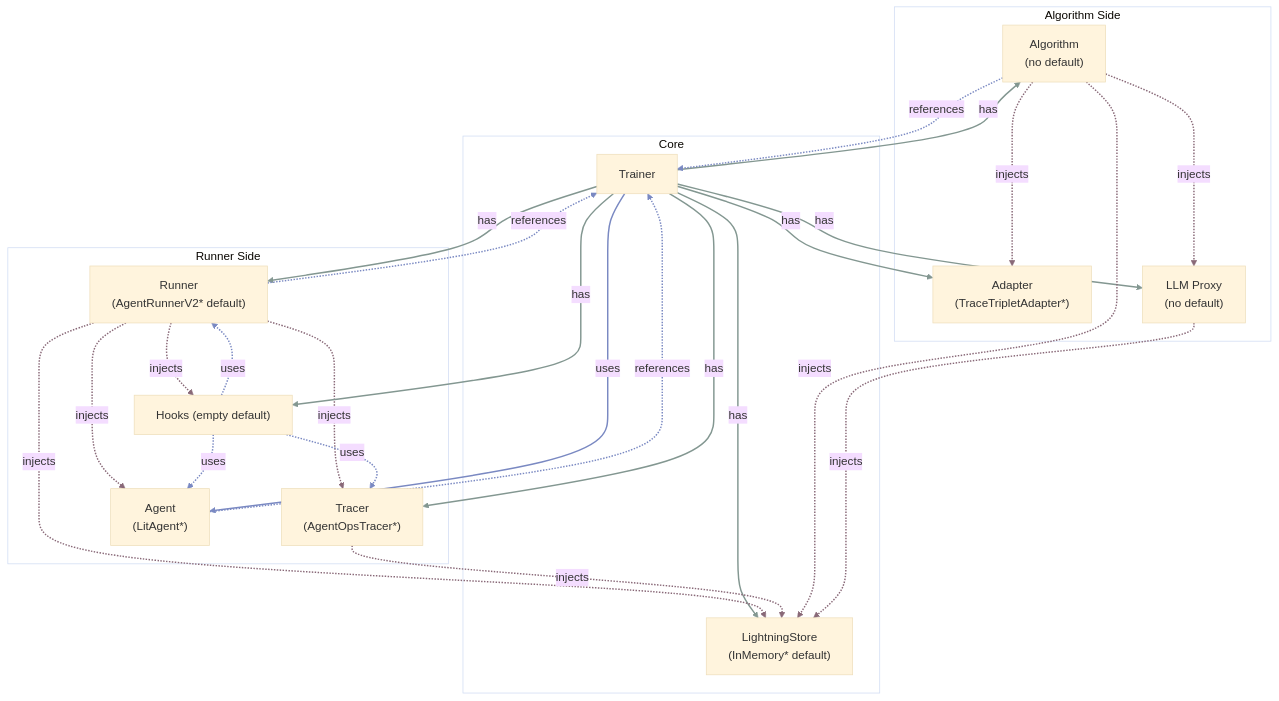
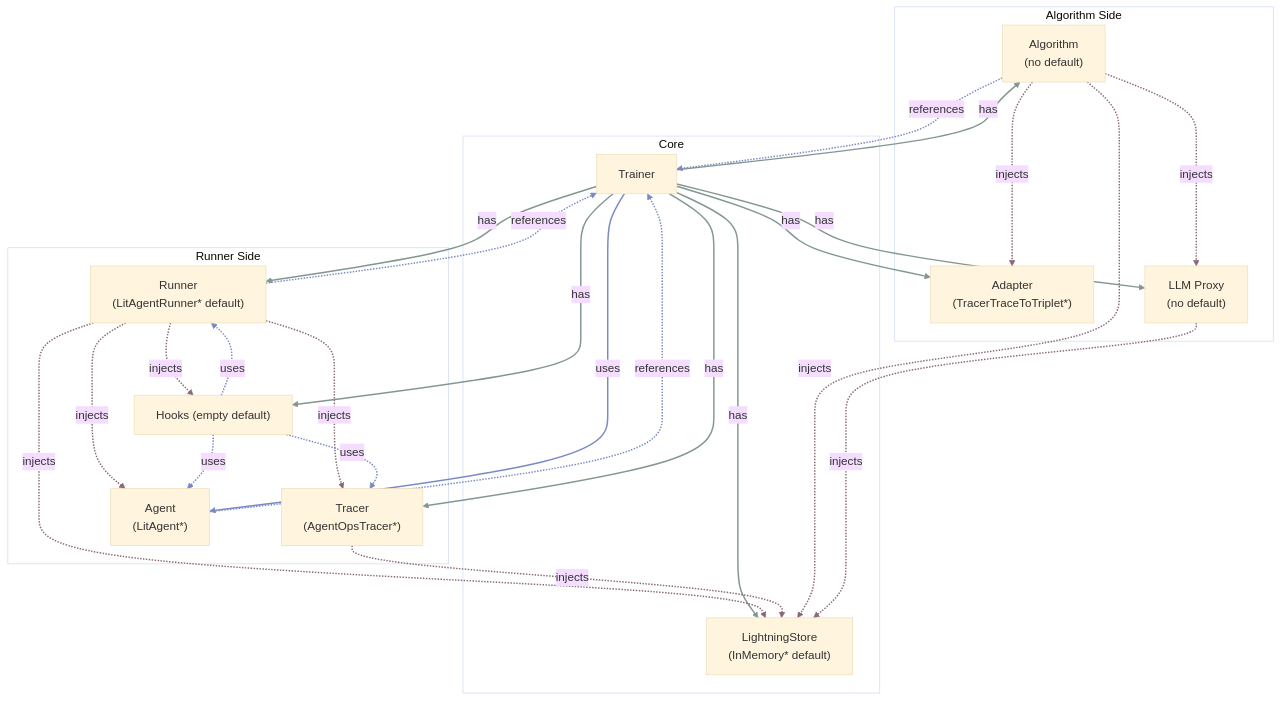
One commit to zxgx/agent-lightning changed the sixth of 11 diagrams in docs/deep-dive/birds-eye-view.md. Above: the diagram before and after it, drawn with Mermaid (base theme). The commit also changed other lines of this file and 99 other files, not shown here.

````diff
--- a/docs/deep-dive/birds-eye-view.md
+++ b/docs/deep-dive/birds-eye-view.md
@@ -235,59 +235,59 @@
 ```mermaid
 flowchart TD
     %% === Left side: Algorithm domain ===
     subgraph L["Algorithm Side"]
         Algorithm["Algorithm<br>(no default)"]
-        Adapter["Adapter<br>(TraceTripletAdapter*)"]
+        Adapter["Adapter<br>(TracerTraceToTriplet*)"]
         LLMProxy["LLM Proxy<br>(no default)"]
         Algorithm -.injects.-> Adapter
         Algorithm -.injects.-> LLMProxy
     end
     linkStyle 0,1 stroke:#896978,stroke-width:2px;
 
     %% === Middle: Core trainer and store ===
     subgraph M["Core"]
         Trainer["Trainer"]
         Store["LightningStore<br>(InMemory* default)"]
         Trainer --has--> Algorithm
         Trainer --has--> Store
         Trainer --has--> Adapter
         Trainer --has--> LLMProxy
     end
     linkStyle 2,3,4,5 stroke:#839791,stroke-width:2px;
 
     %% === Right side: Runner side ===
     subgraph R["Runner Side"]
-        Runner["Runner<br>(AgentRunnerV2* default)"]
+        Runner["Runner<br>(LitAgentRunner* default)"]
         Tracer["Tracer<br>(AgentOpsTracer*)"]
         Hooks["Hooks (empty default)"]
         Agent["Agent<br>(LitAgent*)"]
         Runner -.injects.-> Tracer
         Runner -.injects.-> Store
         Runner -.injects.-> Agent
         Runner -.injects.-> Hooks
         Tracer -.injects.-> Store
         Hooks -.uses.-> Runner
         Hooks -.uses.-> Agent
         Hooks -.uses.-> Tracer
     end
     linkStyle 6,7,8,9,10 stroke:#896978,stroke-width:2px;
     linkStyle 11,12,13 stroke:#7a89c2,stroke-width:2px;
 
     %% === Cross-section connections ===
     Trainer --has--> Runner
     Trainer --has--> Tracer
     Trainer --has--> Hooks
     Trainer --uses--> Agent
     Algorithm -.injects.-> Store
     LLMProxy -.injects.-> Store
     Agent -.references.-> Trainer
     Runner -.references.-> Trainer
     Algorithm -.references.-> Trainer
     linkStyle 14,15,16 stroke:#839791,stroke-width:2px;
     linkStyle 17,20,21,22 stroke:#7a89c2,stroke-width:2px;
     linkStyle 18,19 stroke:#896978,stroke-width:2px;
 
     style L fill:none;
     style M fill:none;
     style R fill:none;
 ```
````
